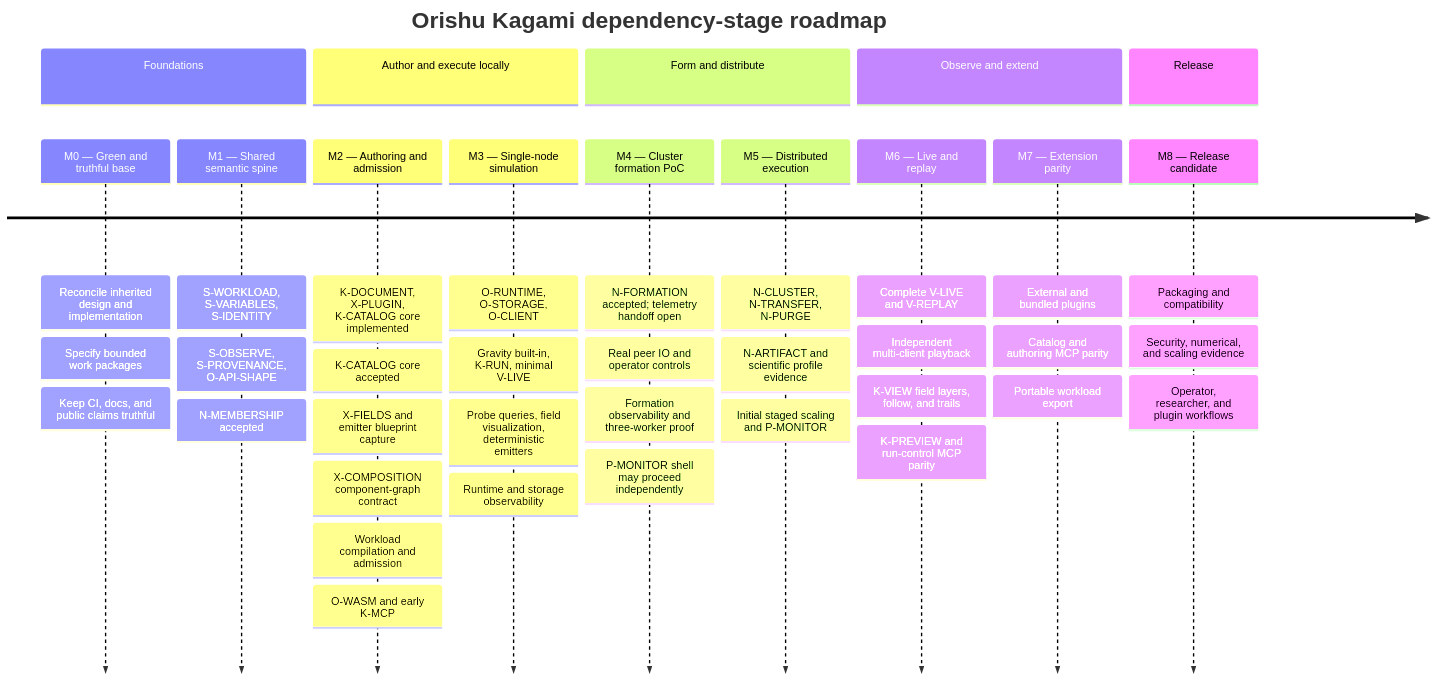
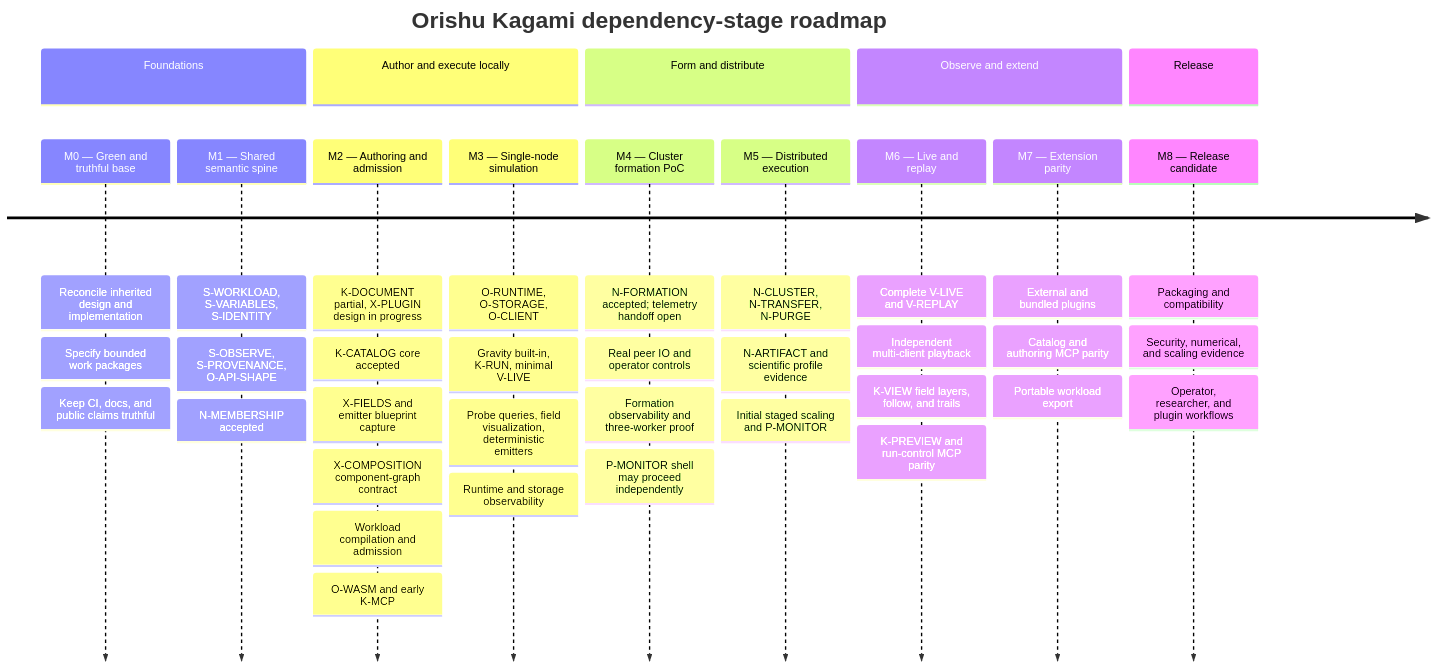
The diagram in docs/roadmap/status-report.md (abbyssoul/orishu-kagami), drawn with Mermaid before and after one commit. The commit also changed other lines of this file and 20 other files, not shown here.

Commit message:
docs(plugins): ADR and plugin system design

````diff
--- a/docs/roadmap/status-report.md
+++ b/docs/roadmap/status-report.md
@@ -24,42 +24,42 @@
 ```mermaid
 timeline
     title Orishu Kagami dependency-stage roadmap
     section Foundations
       M0 — Green and truthful base : Reconcile inherited design and implementation
                                     : Specify bounded work packages
                                     : Keep CI, docs, and public claims truthful
       M1 — Shared semantic spine   : S-WORKLOAD, S-VARIABLES, S-IDENTITY
                                     : S-OBSERVE, S-PROVENANCE, O-API-SHAPE
                                     : N-MEMBERSHIP accepted
     section Author and execute locally
-      M2 — Authoring and admission : K-DOCUMENT, X-PLUGIN, K-CATALOG core implemented
+      M2 — Authoring and admission : K-DOCUMENT partial, X-PLUGIN design in progress
                                     : K-CATALOG core accepted
                                     : X-FIELDS and emitter blueprint capture
                                     : X-COMPOSITION component-graph contract
                                     : Workload compilation and admission
                                     : O-WASM and early K-MCP
       M3 — Single-node simulation  : O-RUNTIME, O-STORAGE, O-CLIENT
                                     : Gravity built-in, K-RUN, minimal V-LIVE
                                     : Probe queries, field visualization, deterministic emitters
                                     : Runtime and storage observability
     section Form and distribute
       M4 — Cluster formation PoC   : N-FORMATION accepted; telemetry handoff open
                                     : Real peer IO and operator controls
                                     : Formation observability and three-worker proof
                                     : P-MONITOR shell may proceed independently
       M5 — Distributed execution  : N-CLUSTER, N-TRANSFER, N-PURGE
                                     : N-ARTIFACT and scientific profile evidence
                                     : Initial staged scaling and P-MONITOR
     section Observe and extend
       M6 — Live and replay         : Complete V-LIVE and V-REPLAY
                                     : Independent multi-client playback
                                     : K-VIEW field layers, follow, and trails
                                     : K-PREVIEW and run-control MCP parity
       M7 — Extension parity       : External and bundled plugins
                                     : Catalog and authoring MCP parity
                                     : Portable workload export
     section Release
       M8 — Release candidate      : Packaging and compatibility
                                     : Security, numerical, and scaling evidence
                                     : Operator, researcher, and plugin workflows
 ```
````
